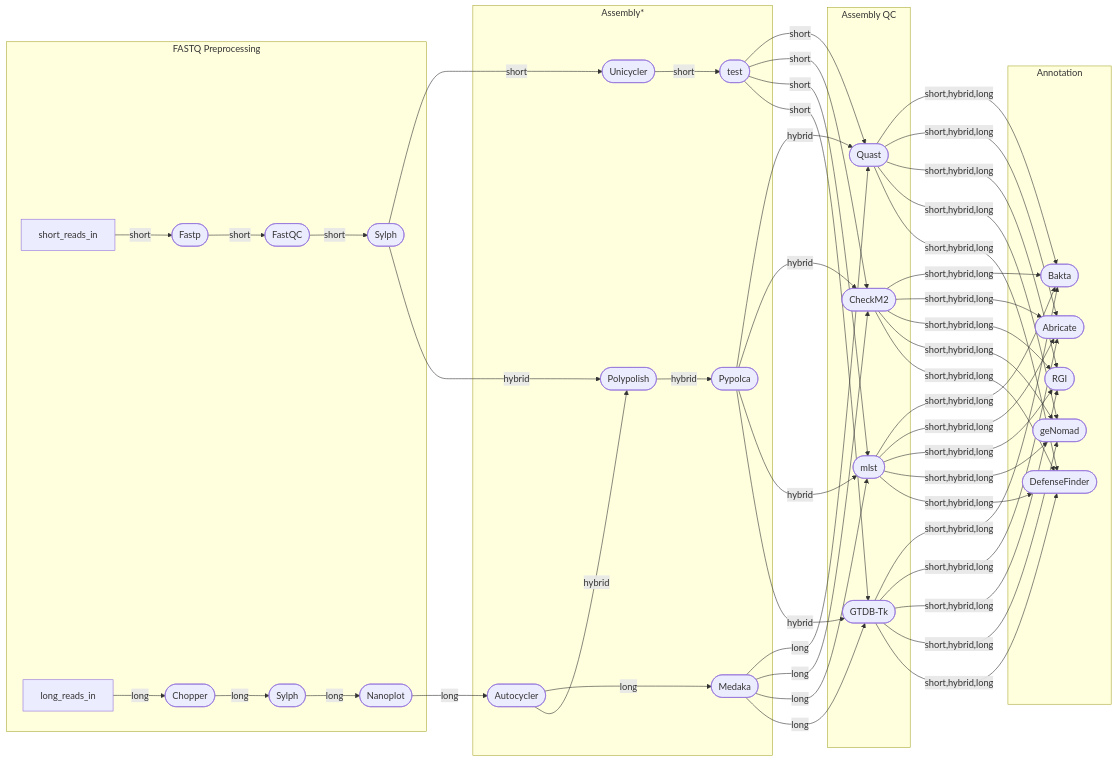
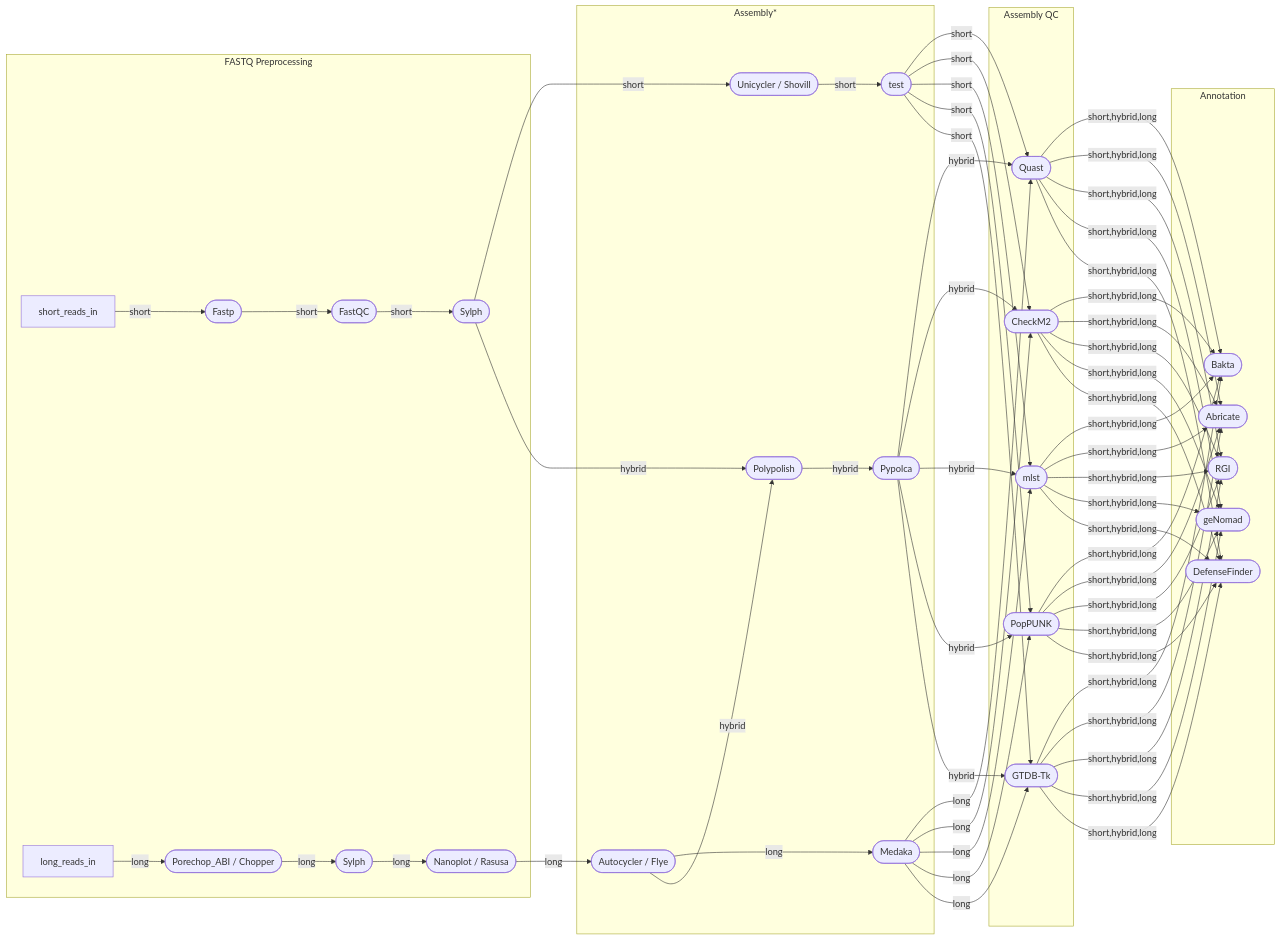
The diagram in assets/PseudoNovo.mmd (tmorr-12/PseudoNovo), drawn with Mermaid before and after one commit. The commit also changed 12 other files, not shown here.

Commit message:
add poppunk and flye, update metro map, update readme

```diff
--- a/assets/PseudoNovo.mmd
+++ b/assets/PseudoNovo.mmd
@@ -1,109 +1,118 @@
 %%metro title: PseudoNovo
-%%metro stroke_scale: 1
+%%metro stroke_scale: 1.4
 %%metro compact_offsets: true
-%%metro font_scale: 1
+%%metro font_scale: 1.5
 %%metro track_gap: 2.5
 %%metro mode: dark
 %%metro style: nfcore
 %%metro file: short_reads_in | FASTQ
 %%metro file: long_reads_in | FASTQ
 %%metro line: short | Short Reads | #0098D4
 %%metro line: long | Long Reads | #FFD300
 %%metro line: hybrid | Hybrid Reads | #F0443A
 %%metro line: help1 | * Entry point if --skip_preprocessing flag is supplied | #ffffff
 
 graph LR
     subgraph short_pre [FASTQ Preprocessing]
         fastqc([FastQC])
         fastp([Fastp])
         sylph_sh([Sylph])
 
         short_reads_in -->|short| fastp
         fastp -->|short| fastqc
         fastqc -->|short| sylph_sh
 
-        porechop_abi([Chopper])
+        porechop_abi([Porechop_ABI / Chopper])
         sylph_lg([Sylph])
-        nanoplot([Nanoplot])
+        nanoplot([Nanoplot / Rasusa])
 
         long_reads_in -->|long| porechop_abi
         porechop_abi -->|long| sylph_lg
         sylph_lg -->|long| nanoplot
     end
     subgraph assembly [Assembly*]
         %% Short read assembly
-        unicycler([Unicycler])
+        unicycler([Unicycler / Shovill])
         _test([test])
         
         unicycler -->|short| _test
         
         %% Long read assembly
-        autocycler([Autocycler])
+        autocycler([Autocycler / Flye])
         medaka([Medaka])
 
         autocycler -->|long| medaka
         
         %% Hybrid read assembly
         polypolish([Polypolish])
         pypolca([Pypolca])
 
         autocycler -->|hybrid| polypolish
         polypolish -->|hybrid| pypolca
     end
     subgraph assembly_qc[Assembly QC]
     	quast([Quast])
         checkm2([CheckM2])
         mlst([mlst])
+        poppunk([PopPUNK])
         gtdbtk([GTDB-Tk])
 	end
     subgraph annotation[Annotation]
     	bakta([Bakta])
         abricate([Abricate])
         rgi([RGI])
         genomad([geNomad])
         defensefinder([DefenseFinder])
     end
 
 	sylph_sh -->|short| unicycler
 	nanoplot -->|long| autocycler
     sylph_sh -->|hybrid| polypolish
     
     _test -->|short| quast
     _test -->|short| checkm2
     _test -->|short| mlst
+    _test -->|short| poppunk
     _test -->|short| gtdbtk
     
     pypolca -->|hybrid| quast
     pypolca -->|hybrid| checkm2
     pypolca -->|hybrid| mlst
+    pypolca -->|hybrid| poppunk
     pypolca -->|hybrid| gtdbtk
     
     medaka -->|long| quast
     medaka -->|long| checkm2
     medaka -->|long| mlst
+    medaka -->|long| poppunk
     medaka -->|long| gtdbtk
     
     quast -->|short,hybrid,long| bakta
     checkm2 -->|short,hybrid,long| bakta
     mlst -->|short,hybrid,long| bakta
+    poppunk -->|short,hybrid,long| bakta
     gtdbtk -->|short,hybrid,long| bakta
     
     quast -->|short,hybrid,long| abricate
     checkm2 -->|short,hybrid,long| abricate
     mlst -->|short,hybrid,long| abricate
+    poppunk -->|short,hybrid,long| abricate
     gtdbtk -->|short,hybrid,long| abricate
     
     quast -->|short,hybrid,long| rgi
     checkm2 -->|short,hybrid,long| rgi
     mlst -->|short,hybrid,long| rgi
+	poppunk -->|short,hybrid,long| rgi
     gtdbtk -->|short,hybrid,long| rgi
 
 	quast -->|short,hybrid,long| genomad
     checkm2 -->|short,hybrid,long| genomad
     mlst -->|short,hybrid,long| genomad
+    poppunk -->|short,hybrid,long| genomad
     gtdbtk -->|short,hybrid,long| genomad
     
     quast -->|short,hybrid,long| defensefinder
     checkm2 -->|short,hybrid,long| defensefinder
     mlst -->|short,hybrid,long| defensefinder
+    poppunk -->|short,hybrid,long| defensefinder
     gtdbtk -->|short,hybrid,long| defensefinder
```
